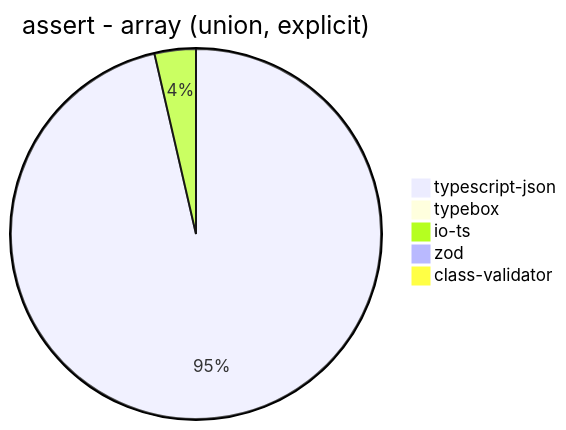
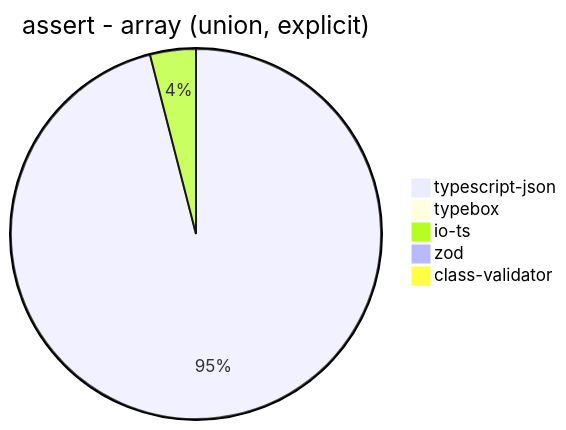
One commit to samchon/typia changed diagram 14 of 39 in benchmark/results/AMD Ryzen 7 5800H with Radeon Graphics.md. Above: the diagram before and after it, drawn with Mermaid. The commit also changed other lines of this file and 3 other files, not shown here.

````diff
--- a/benchmark/results/AMD Ryzen 7 5800H with Radeon Graphics.md
+++ b/benchmark/results/AMD Ryzen 7 5800H with Radeon Graphics.md
@@ -176,8 +176,8 @@
 ```mermaid
 pie title assert - array (union, explicit)
-  "typescript-json": 2166.4262531554273
-  "typebox": 20.062009848623017
-  "io-ts": 81.03638368246968
-  "zod": 2.8232636928289105
-  "class-validator": 6.878601970626511
+  "typescript-json": 2035.727239753355
+  "typebox": 19.83411467724486
+  "io-ts": 84.88307862272141
+  "zod": 2.800074668657831
+  "class-validator": 7.387762833870052
 ```
````
